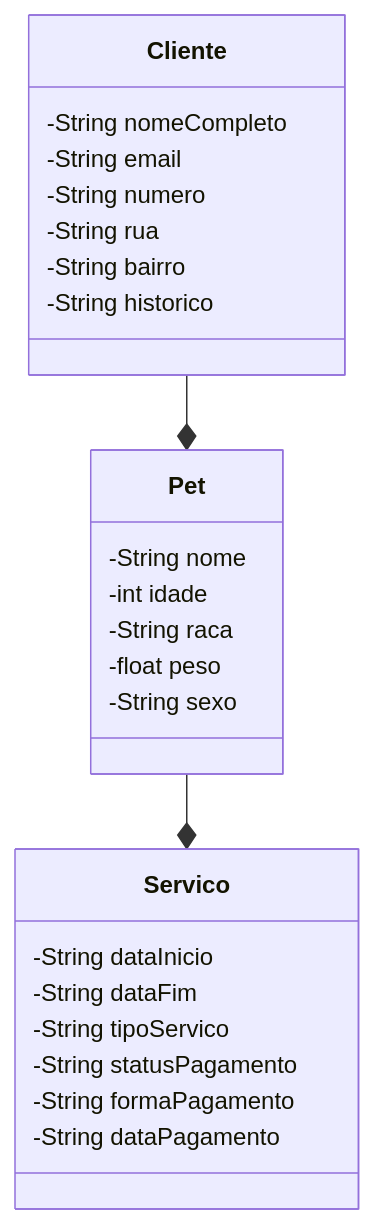
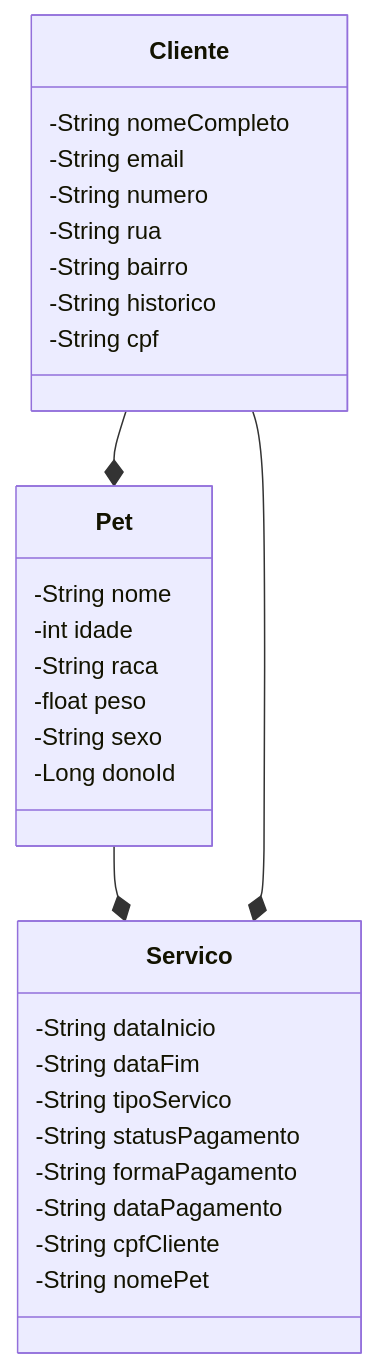
One commit to lucascalado0/minha-api-gestao changed the diagram in README.md. Above: the diagram before and after it, drawn with Mermaid.

Commit message:
atualizando diagrama de classes do projeto

````diff
--- a/README.md
+++ b/README.md
@@ -6,32 +6,39 @@
 ```mermaid
 classDiagram
     class Cliente {
         -String nomeCompleto
         -String email
         -String numero
         -String rua
         -String bairro
         -String historico
+        -String cpf
     }
 
     class Pet {
         -String nome
         -int idade
         -String raca
         -float peso
         -String sexo
+        -Long donoId
     }
 
     class Servico {
         -String dataInicio
         -String dataFim
         -String tipoServico
         -String statusPagamento
         -String formaPagamento
         -String dataPagamento
+        -String cpfCliente
+        -String nomePet
     }
 
     Cliente --* Pet
     Pet --* Servico
+    Cliente --* Servico
+
+
 
 ```
````
